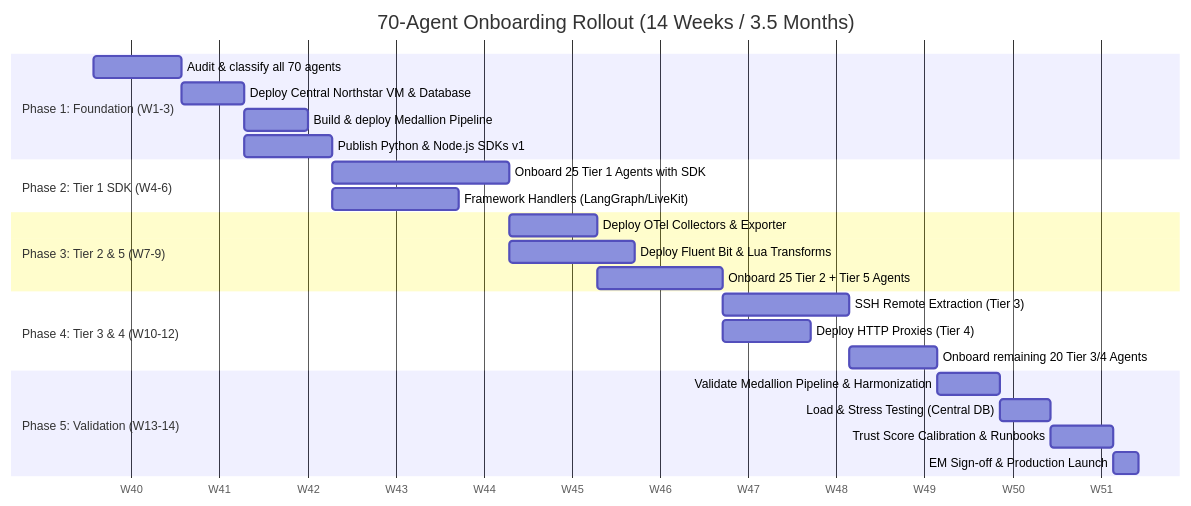
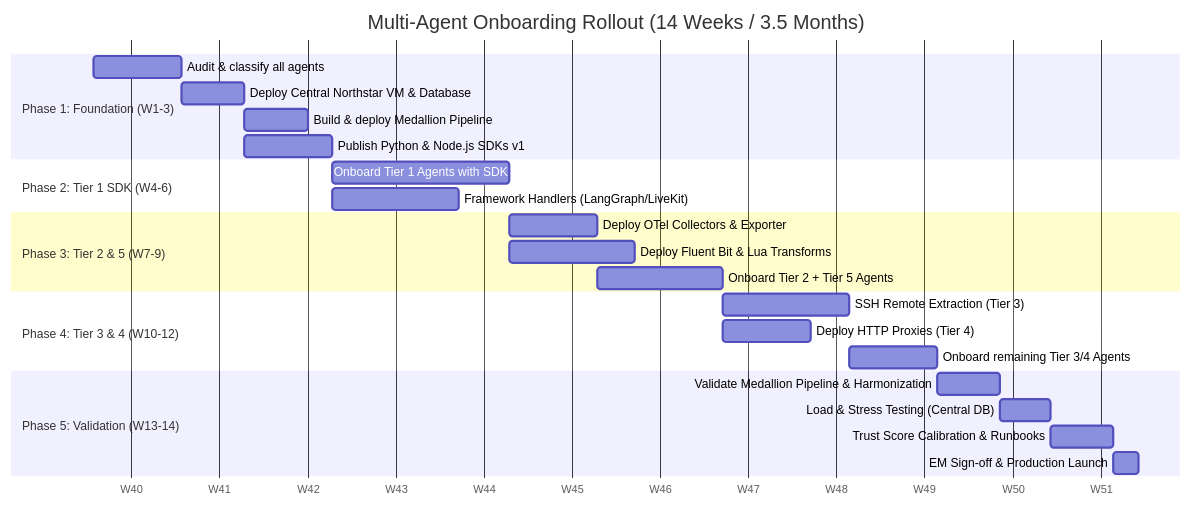
The tenth of 10 diagrams in docs/AGENT_ONBOARDING_70_TECHNICAL_PROPOSAL.md (LuC-9/agent-ops), drawn with Mermaid before and after one commit. The commit also changed other lines of this file, not shown here.

Commit message:
docs: update proposal metadata - set author to Aarsh Mishra, remove Audience, replace 70-agent count with multi-agent fleet

````diff
--- a/docs/AGENT_ONBOARDING_70_TECHNICAL_PROPOSAL.md
+++ b/docs/AGENT_ONBOARDING_70_TECHNICAL_PROPOSAL.md
@@ -1715,32 +1714,32 @@
 ```mermaid
 gantt
-    title 70-Agent Onboarding Rollout (14 Weeks / 3.5 Months)
+    title Multi-Agent Onboarding Rollout (14 Weeks / 3.5 Months)
     dateFormat  YYYY-MM-DD
     axisFormat  W%V
     
     section Phase 1: Foundation (W1-3)
-    Audit & classify all 70 agents            :a1, 2026-10-01, 7d
+    Audit & classify all agents               :a1, 2026-10-01, 7d
     Deploy Central Northstar VM & Database   :a2, after a1, 5d
     Build & deploy Medallion Pipeline        :a3, after a2, 5d
     Publish Python & Node.js SDKs v1         :a4, after a2, 7d
     
     section Phase 2: Tier 1 SDK (W4-6)
-    Onboard 25 Tier 1 Agents with SDK        :b1, after a4, 14d
+    Onboard Tier 1 Agents with SDK           :b1, after a4, 14d
     Framework Handlers (LangGraph/LiveKit)   :b2, after a4, 10d
     
     section Phase 3: Tier 2 & 5 (W7-9)
     Deploy OTel Collectors & Exporter        :c1, after b1, 7d
     Deploy Fluent Bit & Lua Transforms       :c2, after b1, 10d
-    Onboard 25 Tier 2 + Tier 5 Agents        :c3, after c1, 10d
+    Onboard Tier 2 + Tier 5 Agents           :c3, after c1, 10d
     
     section Phase 4: Tier 3 & 4 (W10-12)
     SSH Remote Extraction (Tier 3)           :d1, after c3, 10d
     Deploy HTTP Proxies (Tier 4)             :d2, after c3, 7d
-    Onboard remaining 20 Tier 3/4 Agents     :d3, after d1, 7d
+    Onboard remaining Tier 3/4 Agents        :d3, after d1, 7d
     
     section Phase 5: Validation (W13-14)
     Validate Medallion Pipeline & Harmonization :e1, after d3, 5d
     Load & Stress Testing (Central DB)       :e2, after e1, 4d
     Trust Score Calibration & Runbooks       :e3, after e2, 5d
     EM Sign-off & Production Launch          :e4, after e3, 2d
 ```
````
